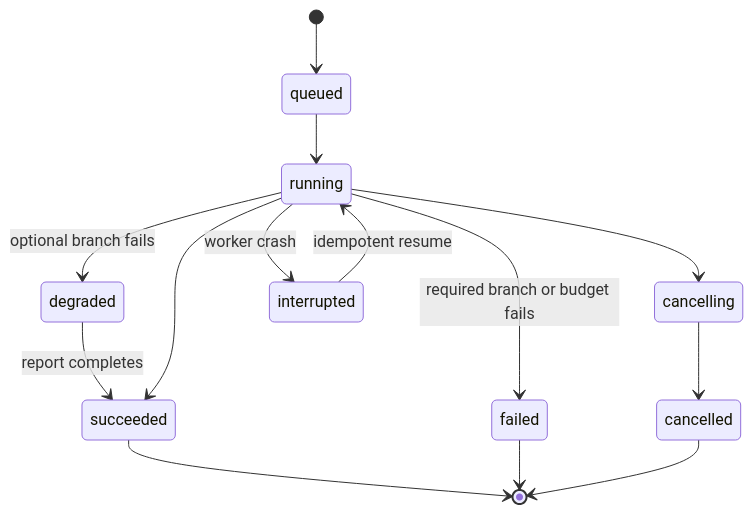
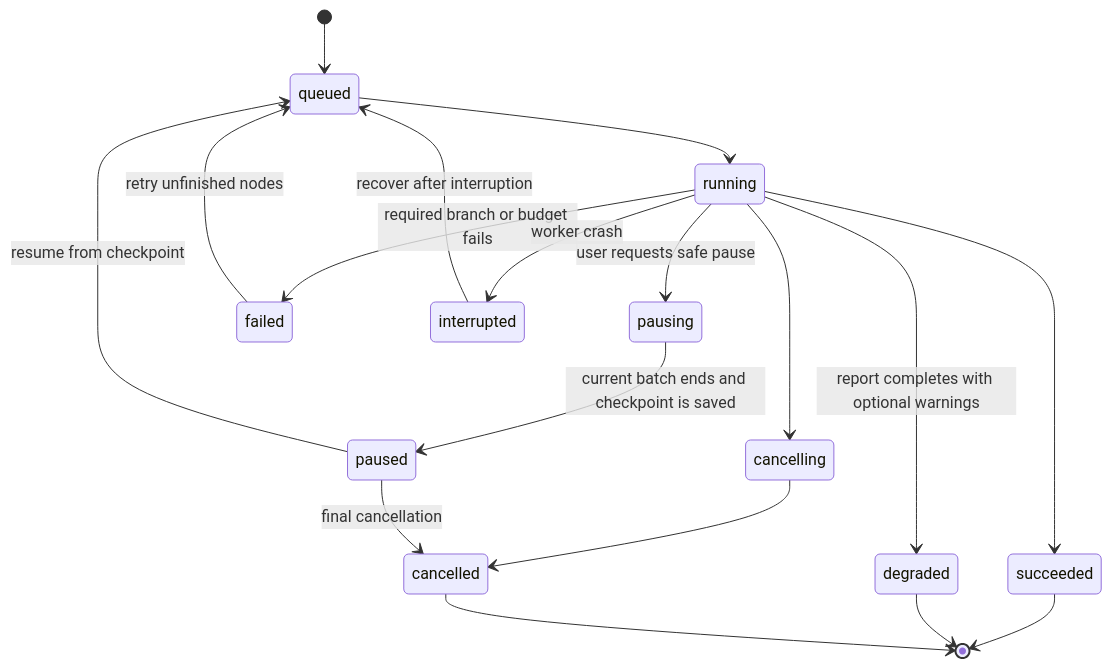
One commit to Aminjahanimajd/OmniTradeAI changed the second of 2 diagrams in docs/architecture.md. Above: the diagram before and after it, drawn with Mermaid. The commit also changed other lines of this file and 20 other files, not shown here.

````diff
--- a/docs/architecture.md
+++ b/docs/architecture.md
@@ -36,16 +36,20 @@
 ```mermaid
 stateDiagram-v2
   [*] --> queued
   queued --> running
-  running --> degraded: optional branch fails
-  degraded --> succeeded: report completes
+  running --> degraded: report completes with optional warnings
   running --> succeeded
   running --> cancelling
   cancelling --> cancelled
+  running --> pausing: user requests safe pause
+  pausing --> paused: current batch ends and checkpoint is saved
   running --> failed: required branch or budget fails
   running --> interrupted: worker crash
-  interrupted --> running: idempotent resume
+  paused --> queued: resume from checkpoint
+  failed --> queued: retry unfinished nodes
+  interrupted --> queued: recover after interruption
+  paused --> cancelled: final cancellation
   succeeded --> [*]
-  failed --> [*]
+  degraded --> [*]
   cancelled --> [*]
 ```
````
